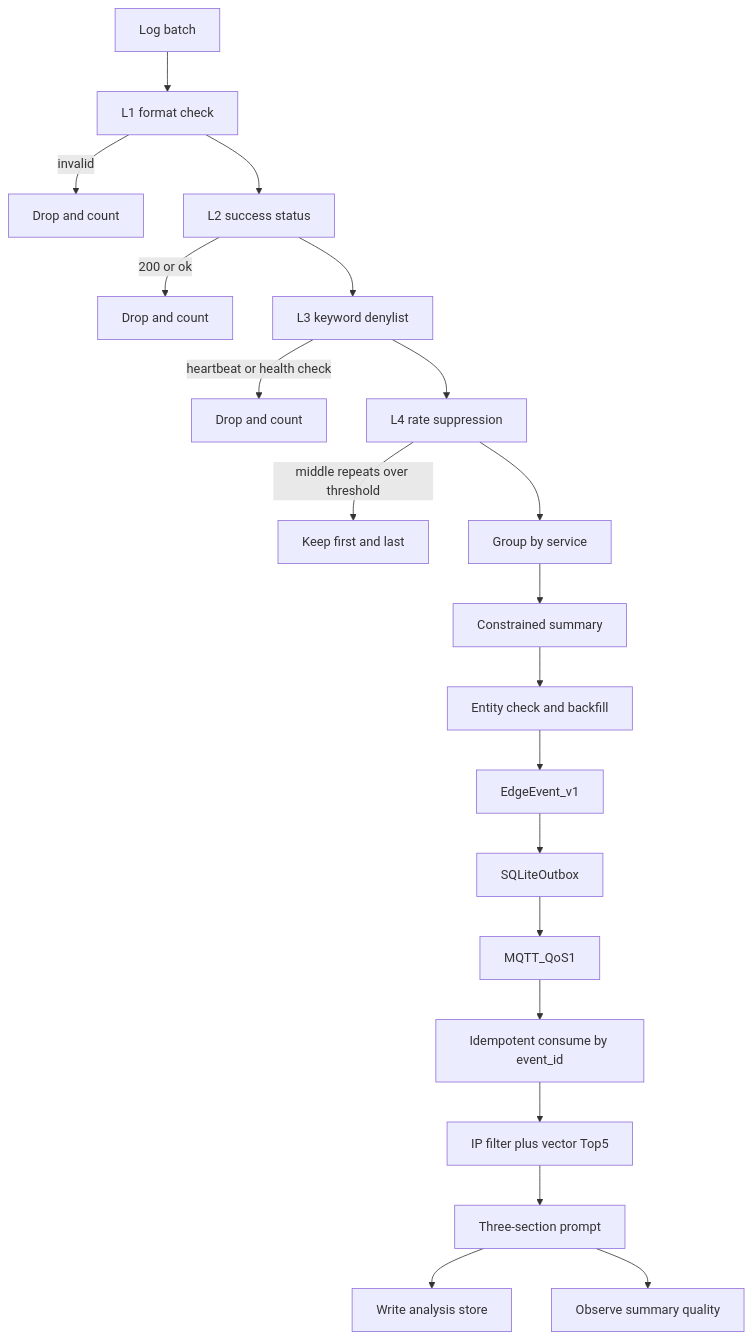
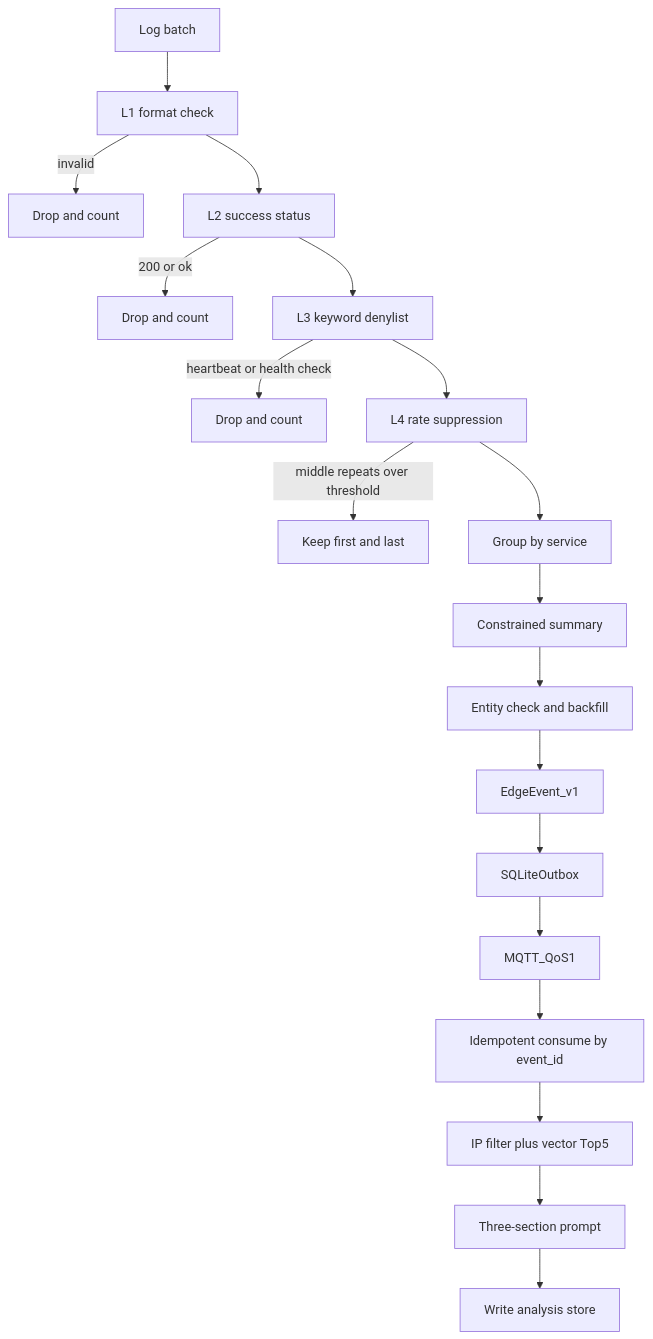
The second of 3 diagrams in README.md (fanqingsong/edge-semantic-compress-intelligence), drawn with Mermaid before and after one commit. The commit also changed other lines of this file and 24 other files, not shown here.

````diff
--- a/README.md
+++ b/README.md
@@ -61,22 +58,21 @@
 ```mermaid
 flowchart TD
 	Batch[Log batch] --> L1[L1 format check]
 	L1 -->|invalid| DropFormat[Drop and count]
 	L1 --> L2[L2 success status]
 	L2 -->|200 or ok| DropStatus[Drop and count]
 	L2 --> L3[L3 keyword denylist]
 	L3 -->|heartbeat or health check| DropKeyword[Drop and count]
 	L3 --> L4[L4 rate suppression]
 	L4 -->|middle repeats over threshold| DropRepeat[Keep first and last]
 	L4 --> GroupByService[Group by service]
 	GroupByService --> Summarize[Constrained summary]
 	Summarize --> EntityFill[Entity check and backfill]
 	EntityFill --> EdgeEvent[EdgeEvent_v1]
 	EdgeEvent --> Outbox[SQLiteOutbox]
 	Outbox --> Publish[MQTT_QoS1]
 	Publish --> Consume[Idempotent consume by event_id]
 	Consume --> Retrieve[IP filter plus vector Top5]
 	Retrieve --> Prompt[Three-section prompt]
 	Prompt --> Persist[Write analysis store]
-	Prompt --> Observe[Observe summary quality]
 ```
````
